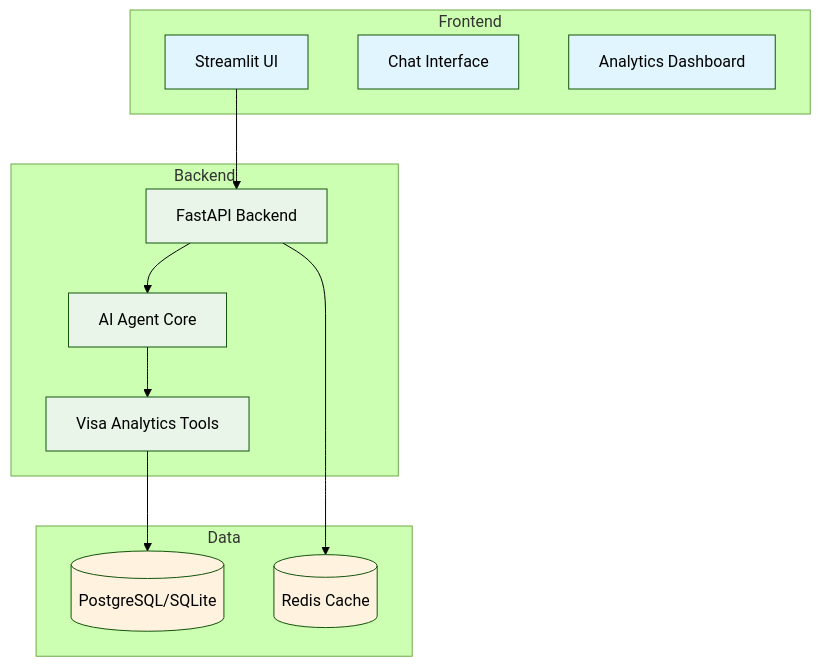
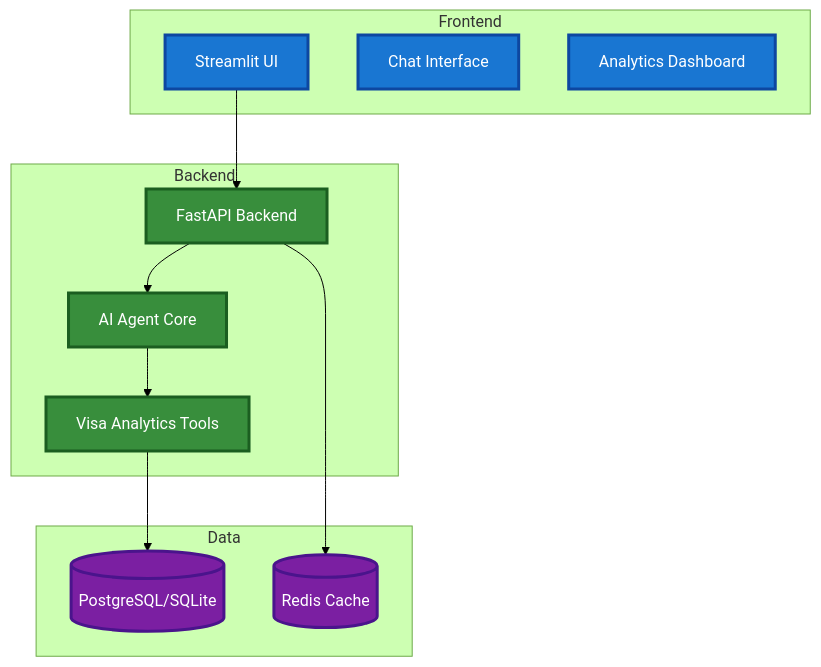
Before and after one commit to kenneth-fernandes/cisc691-a06: the diagram in README.md, drawn with Mermaid (forest theme). The commit also changed 1 other file, not shown here.

Commit message:
Enhanced workflow diagrams with high-contrast colors and Docker architecture documentation
  • Updated diagram color schemes for better accessibility and visual distinction:
  - Applied vibrant contrasting colors to Technology Stack Overview diagram
  - Enhanced README Quick Architecture Overview with bold, high-contrast styling
  - Improved readability with white text on colored backgrounds and bold stroke borders

  • Added comprehensive Docker architecture documentation:
  - Created detailed Docker Architecture Overview diagram with all 4 services (web, api, db, redis)
  - Documented container communication flow with sequence diagrams
  - Added service configuration table with ports, dependencies, and health checks
  - Included environment variables reference for complete Docker setup

  • Improved visual presentation across all diagrams:
  - Consistent color coding for different system layers
  - Professional styling with 3px stroke borders for clear component separation
  - Accessibility-compliant contrast ratios for better visibility

````diff
--- a/README.md
+++ b/README.md
@@ -630,33 +630,34 @@
 ```mermaid
 graph TB
     subgraph "Frontend"
         UI[Streamlit UI]
         CHAT[Chat Interface]
         ANALYTICS[Analytics Dashboard]
     end
     
     subgraph "Backend"
         API[FastAPI Backend]
         AGENT[AI Agent Core]
         TOOLS[Visa Analytics Tools]
     end
     
     subgraph "Data"
         DB[(PostgreSQL/SQLite)]
         CACHE[(Redis Cache)]
     end
     
     UI --> API
     API --> AGENT
     AGENT --> TOOLS
     TOOLS --> DB
     API --> CACHE
     
-    classDef frontend fill:#e1f5fe
-    classDef backend fill:#e8f5e8
-    classDef data fill:#fff3e0
+    %% High contrast styling
+    classDef frontend fill:#1976d2,stroke:#0d47a1,stroke-width:3px,color:#ffffff
+    classDef backend fill:#388e3c,stroke:#1b5e20,stroke-width:3px,color:#ffffff
+    classDef data fill:#7b1fa2,stroke:#4a148c,stroke-width:3px,color:#ffffff
     
     class UI,CHAT,ANALYTICS frontend
     class API,AGENT,TOOLS backend
     class DB,CACHE data
 ```
````
